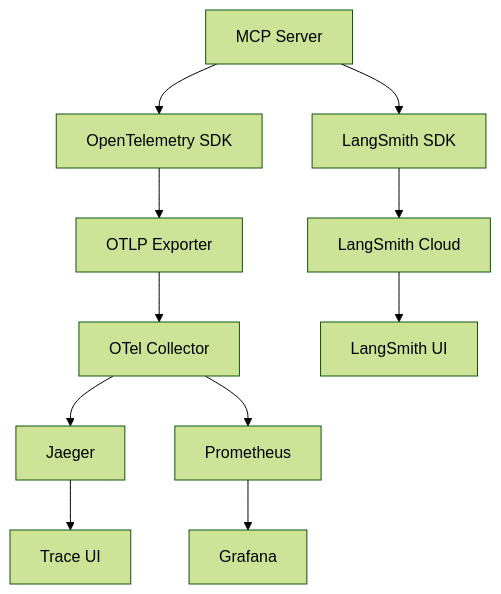
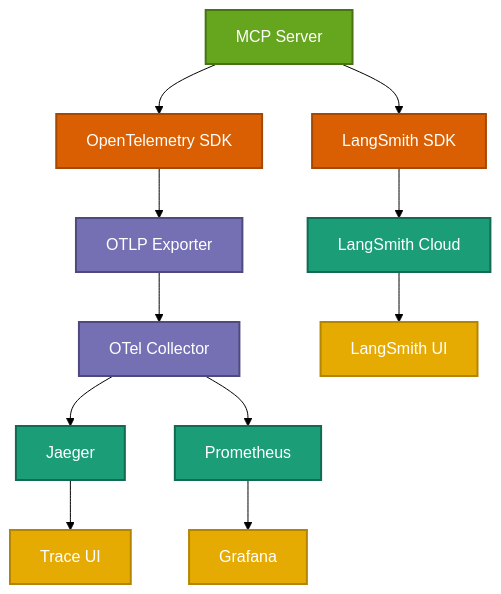
The diagram in docs/guides/observability.mdx (vishnu2kmohan/mcp-server-langgraph), drawn with Mermaid (forest theme) before and after one commit. The commit also changed 9 other files, not shown here.

First line of the commit message:
style: apply ColorBrewer2 Dark2 palette to all remaining diagrams

````diff
--- a/docs/guides/observability.mdx
+++ b/docs/guides/observability.mdx
@@ -17,17 +17,30 @@
 ```mermaid
 graph TB
     App[MCP Server] --> OTel[OpenTelemetry SDK]
     App --> LS[LangSmith SDK]
 
     OTel --> Exporter[OTLP Exporter]
     Exporter --> Collector[OTel Collector]
 
     Collector --> Jaeger[Jaeger]
     Collector --> Prometheus[Prometheus]
 
     LS --> LSCloud[LangSmith Cloud]
 
     Prometheus --> Grafana[Grafana]
     Jaeger --> Dashboard1[Trace UI]
     LSCloud --> Dashboard2[LangSmith UI]
+
+    %% ColorBrewer2 Dark2 palette styling
+    classDef appStyle fill:#66a61e,stroke:#477315,stroke-width:2px,color:#fff
+    classDef sdkStyle fill:#d95f02,stroke:#a64801,stroke-width:2px,color:#fff
+    classDef collectorStyle fill:#7570b3,stroke:#4e4a7f,stroke-width:2px,color:#fff
+    classDef backendStyle fill:#1b9e77,stroke:#116b52,stroke-width:2px,color:#fff
+    classDef dashStyle fill:#e6ab02,stroke:#b38501,stroke-width:2px,color:#fff
+
+    class App appStyle
+    class OTel,LS sdkStyle
+    class Exporter,Collector collectorStyle
+    class Jaeger,Prometheus,LSCloud backendStyle
+    class Grafana,Dashboard1,Dashboard2 dashStyle
 ```
````
